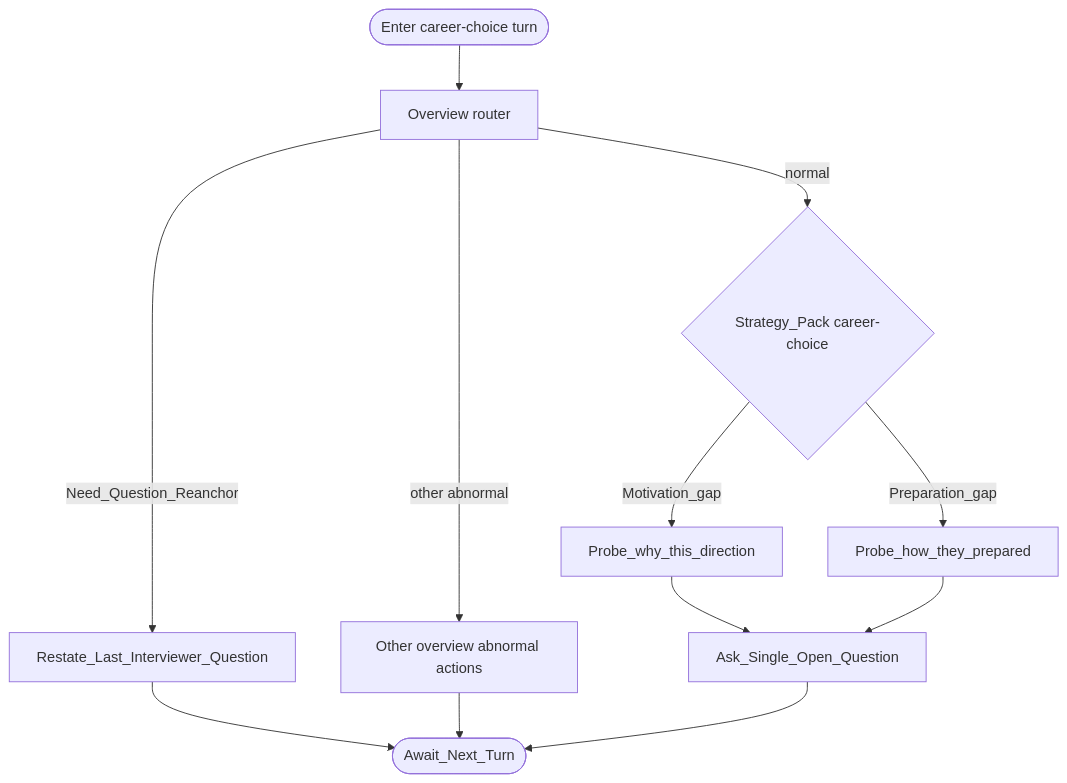
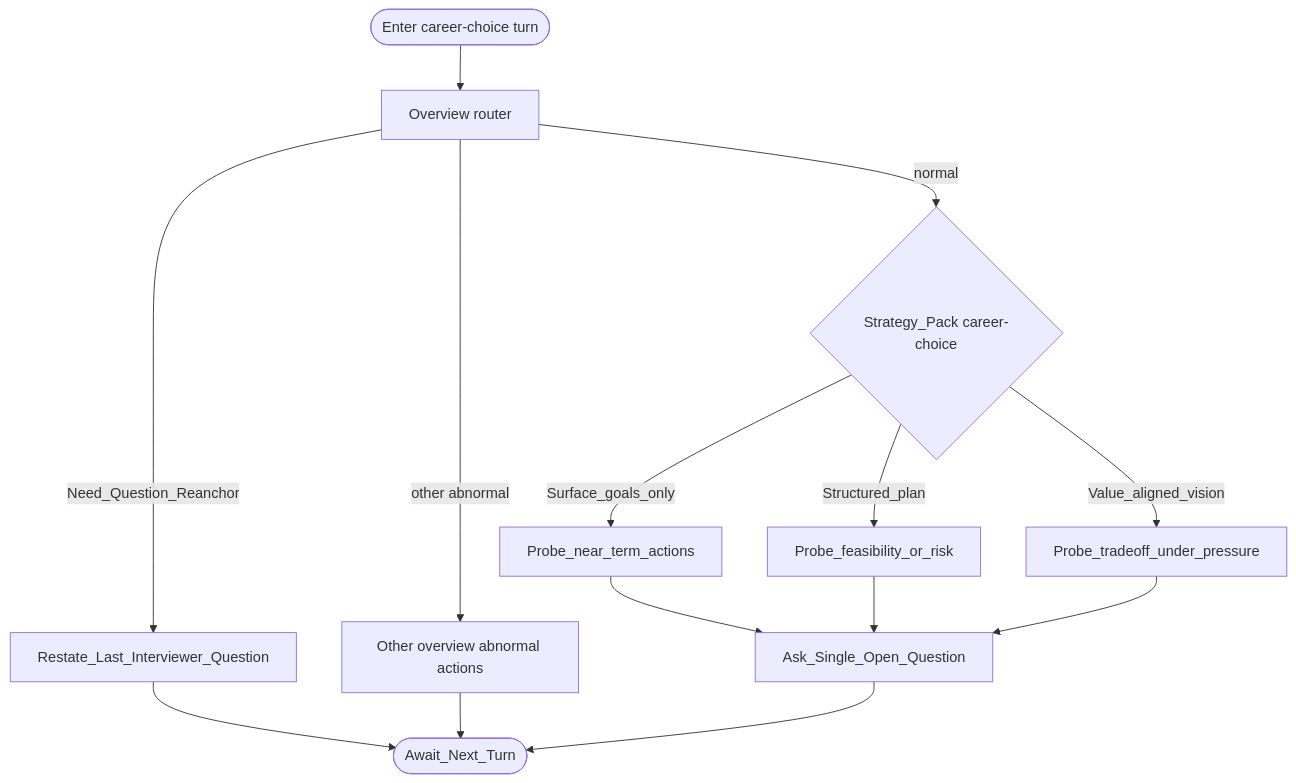
The diagram in maps/career-choice.md (yuanlin-82/ai-interview-decision-map), drawn with Mermaid before and after one commit. The commit also changed other lines of this file and 20 other files, not shown here.

````diff
--- a/maps/career-choice.md
+++ b/maps/career-choice.md
@@ -5,16 +5,18 @@
 ```mermaid
 flowchart TD
   Start([Enter career-choice turn]) --> Ov[Overview router]
   Ov -->|Need_Question_Reanchor| R[Restate_Last_Interviewer_Question]
   Ov -->|other abnormal| Ab[Other overview abnormal actions]
   Ov -->|normal| Pack{Strategy_Pack career-choice}
 
-  Pack -->|Motivation_gap| M[Probe_why_this_direction]
-  Pack -->|Preparation_gap| P[Probe_how_they_prepared]
+  Pack -->|Surface_goals_only| P[Probe_near_term_actions]
+  Pack -->|Structured_plan| F[Probe_feasibility_or_risk]
+  Pack -->|Value_aligned_vision| T[Probe_tradeoff_under_pressure]
 
-  M --> One[Ask_Single_Open_Question]
-  P --> One
+  P --> One[Ask_Single_Open_Question]
+  F --> One
+  T --> One
   R --> Await([Await_Next_Turn])
   Ab --> Await
   One --> Await
 ```
````
